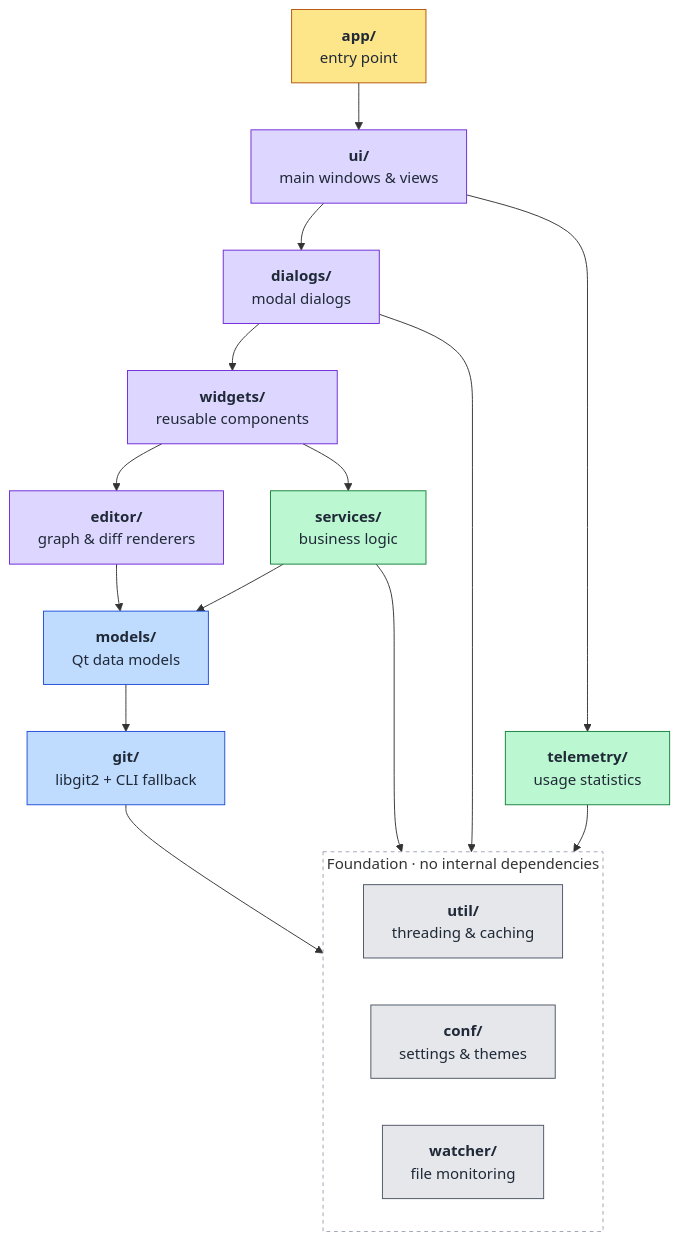
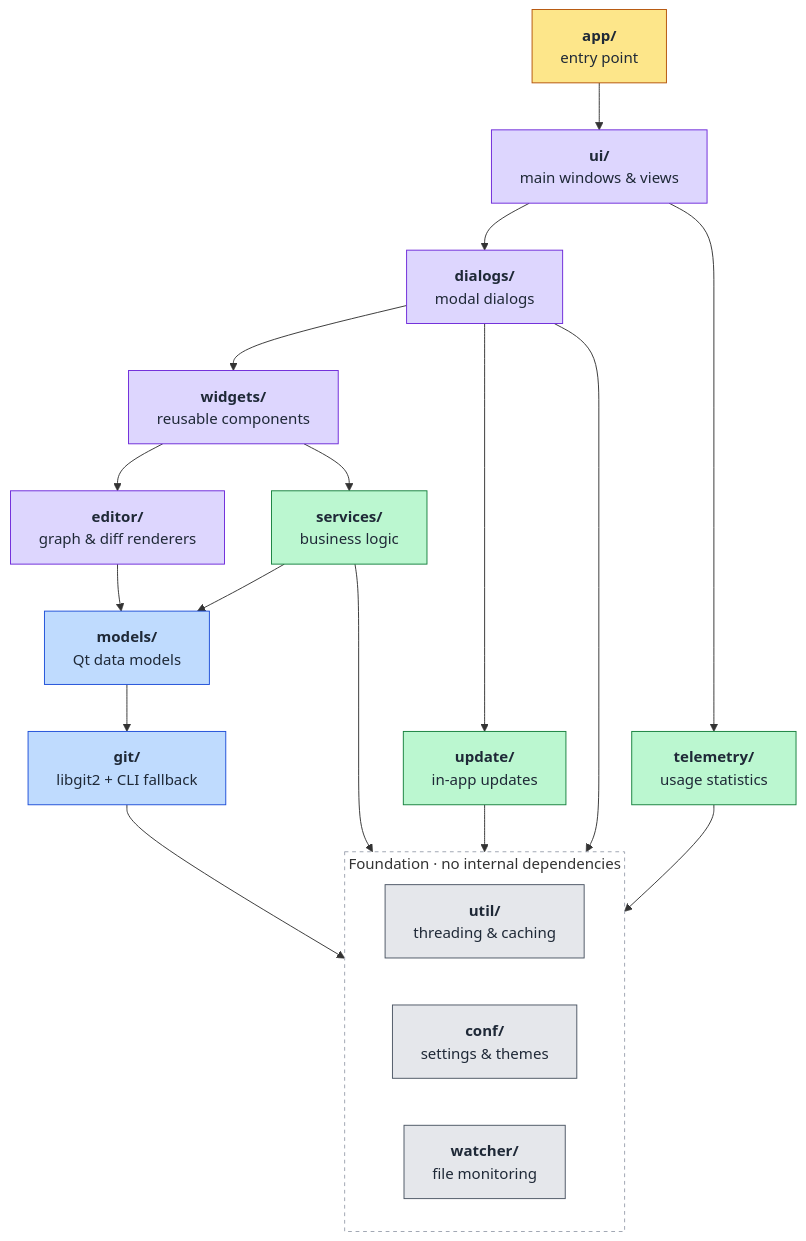
Before and after one commit to Inverian/GitBolt: the diagram in README.md, drawn with Mermaid. The commit also changed other lines of this file and 134 other files, not shown here.

````diff
--- a/README.md
+++ b/README.md
@@ -164,40 +275,42 @@
 ```mermaid
 flowchart TD
     app["<b>app/</b><br/>entry point"]
     ui["<b>ui/</b><br/>main windows & views"]
     dialogs["<b>dialogs/</b><br/>modal dialogs"]
     widgets["<b>widgets/</b><br/>reusable components"]
     editor["<b>editor/</b><br/>graph & diff renderers"]
     services["<b>services/</b><br/>business logic"]
     models["<b>models/</b><br/>Qt data models"]
     git["<b>git/</b><br/>libgit2 + CLI fallback"]
     telemetry["<b>telemetry/</b><br/>usage statistics"]
+    update["<b>update/</b><br/>in-app updates"]
 
     subgraph foundation["Foundation · no internal dependencies"]
         direction LR
         util["<b>util/</b><br/>threading & caching"]
         conf["<b>conf/</b><br/>settings & themes"]
         watcher["<b>watcher/</b><br/>file monitoring"]
     end
 
     app --> ui --> dialogs --> widgets
     widgets --> editor & services
     editor --> models
     services --> models
     services --> watcher
     models --> git --> util
     dialogs --> conf
     ui --> telemetry --> util
+    dialogs --> update --> util
 
     classDef entry fill:#fde68a,stroke:#b45309,color:#1f2937
     classDef presentation fill:#ddd6fe,stroke:#6d28d9,color:#1f2937
     classDef logic fill:#bbf7d0,stroke:#15803d,color:#1f2937
     classDef core fill:#bfdbfe,stroke:#1d4ed8,color:#1f2937
     classDef base fill:#e5e7eb,stroke:#4b5563,color:#1f2937
     class app entry
     class ui,dialogs,widgets,editor presentation
-    class services,telemetry logic
+    class services,telemetry,update logic
     class models,git core
     class util,conf,watcher base
     style foundation fill:none,stroke:#9ca3af,stroke-dasharray:4 4
 ```
````
